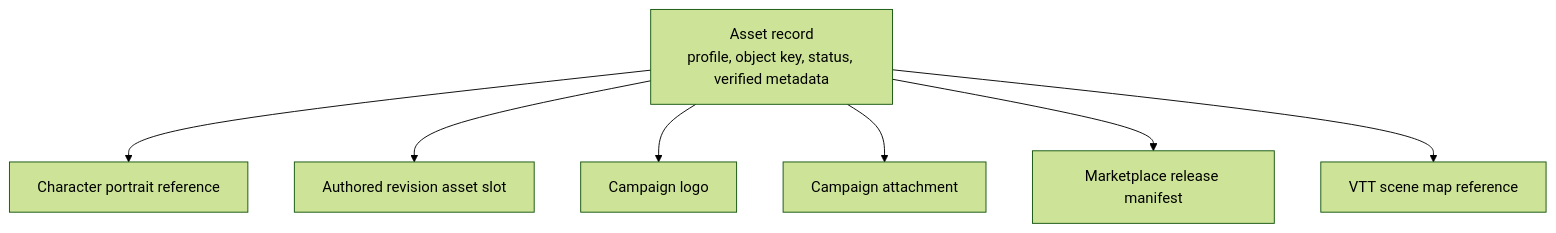
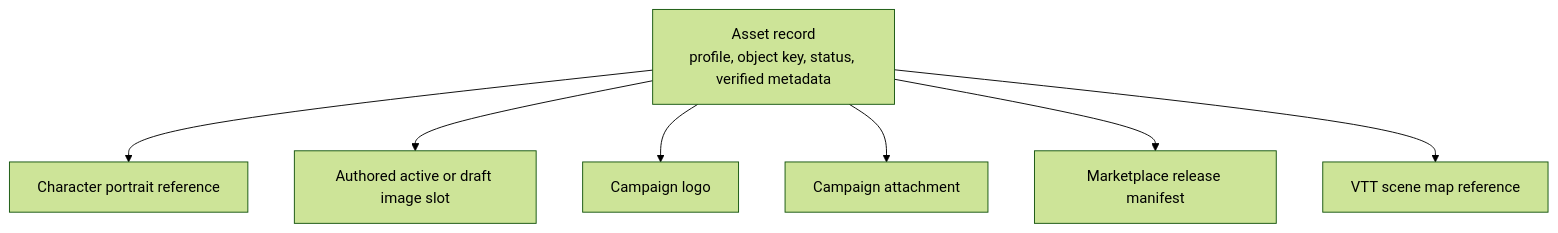
One commit to MPiland/artificer-toolkit changed the second of 2 diagrams in docs/roadmap/02-media-and-file-pipeline.md. Above: the diagram before and after it, drawn with Mermaid (forest theme). The commit also changed other lines of this file and 160 other files, not shown here.

````diff
--- a/docs/roadmap/02-media-and-file-pipeline.md
+++ b/docs/roadmap/02-media-and-file-pipeline.md
@@ -123,10 +115,10 @@
 ```mermaid
 flowchart TD
   Asset["Asset record<br/>profile, object key, status, verified metadata"]
   Asset --> Portrait["Character portrait reference"]
-  Asset --> Revision["Authored revision asset slot"]
+  Asset --> Authored["Authored active or draft image slot"]
   Asset --> Campaign["Campaign logo"]
   Asset --> Attachment["Campaign attachment"]
   Asset --> Release["Marketplace release manifest"]
   Asset --> Scene["VTT scene map reference"]
 ```
````
